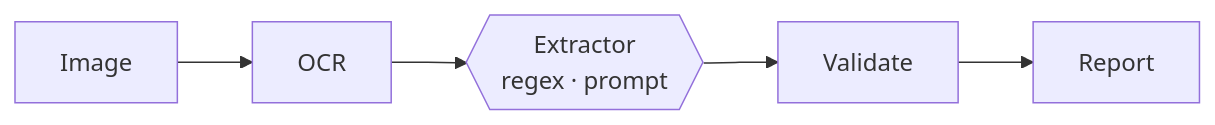
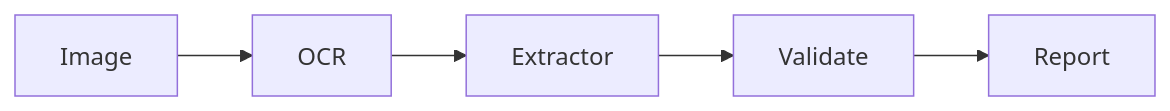
Before and after one commit to mariogarcia-ar/docflow: the third of 5 diagrams in workflow.md, drawn with Mermaid. The commit also changed other lines of this file and 1 other file, not shown here.

Commit message:
Update documentation for components and workflows, correcting input pipeline references and clarifying flow descriptions

````diff
--- a/workflow.md
+++ b/workflow.md
@@ -102,7 +93,4 @@
 ```mermaid
 graph LR
-    A["Image"] --> B["OCR"]
-    B --> C{{"Extractor<br/>regex · prompt"}}
-    C --> D["Validate"]
-    D --> E["Report"]
+    A["Image"] --> B["OCR"] --> C["Extractor"] --> D["Validate"] --> E["Report"]
 ```
````
